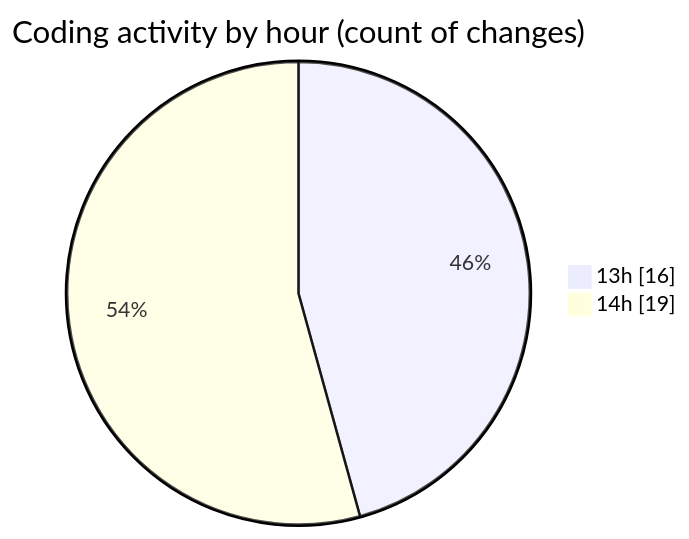
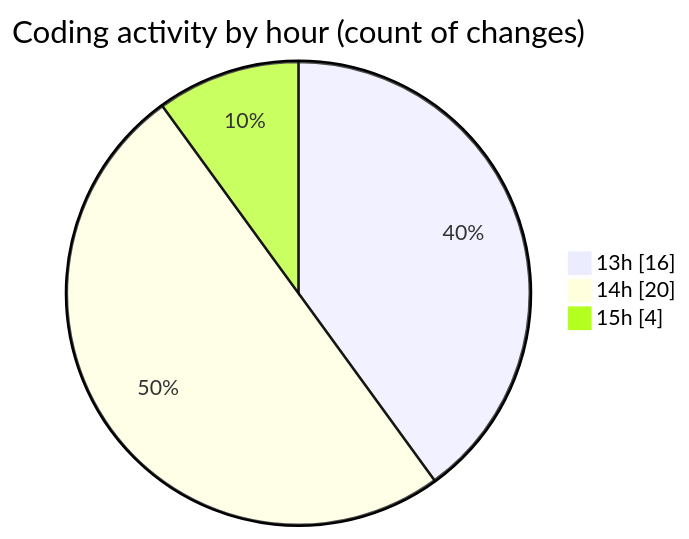
One commit to momahboobian/code-tracking changed the second of 2 diagrams in 2026-06-12/cda/README.md. Above: the diagram before and after it, drawn with Mermaid. The commit also changed other lines of this file and 1 other file, not shown here.

````diff
--- a/2026-06-12/cda/README.md
+++ b/2026-06-12/cda/README.md
@@ -34,6 +34,7 @@
 ```mermaid
 pie showData
 title Coding activity by hour (count of changes)
 "13h" : 16
-"14h" : 19
+"14h" : 20
+"15h" : 4
 ```
````
